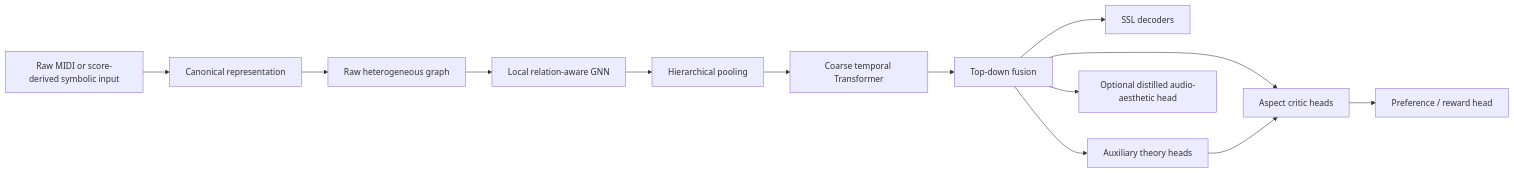
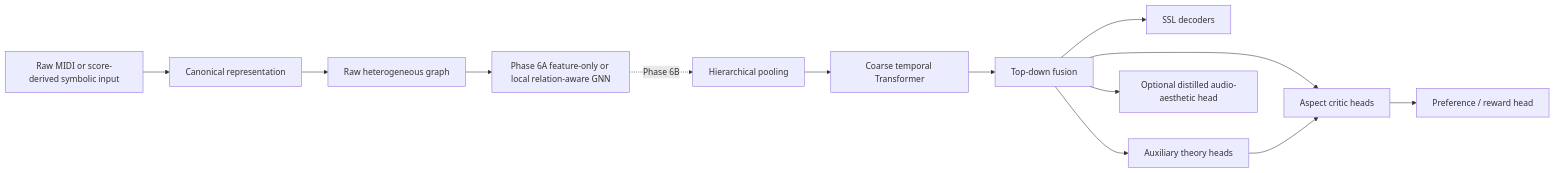
The diagram in docs/ARCHITECTURE.md (nairary/music_critic_v2), drawn with Mermaid before and after one commit. The commit also changed other lines of this file and 25 other files, not shown here.

Commit message:
Implement Phase 6A local GNN baseline

````diff
--- a/docs/ARCHITECTURE.md
+++ b/docs/ARCHITECTURE.md
@@ -7,15 +9,15 @@
 ```mermaid
 flowchart LR
     A[Raw MIDI or score-derived symbolic input] --> B[Canonical representation]
     B --> C[Raw heterogeneous graph]
-    C --> D[Local relation-aware GNN]
-    D --> E[Hierarchical pooling]
+    C --> D[Phase 6A feature-only or local relation-aware GNN]
+    D -. Phase 6B .-> E[Hierarchical pooling]
     E --> F[Coarse temporal Transformer]
     F --> G[Top-down fusion]
     G --> H[SSL decoders]
     G --> I[Auxiliary theory heads]
     G --> J[Aspect critic heads]
     I --> J
     J --> K[Preference / reward head]
     G --> L[Optional distilled audio-aesthetic head]
 ```
````
